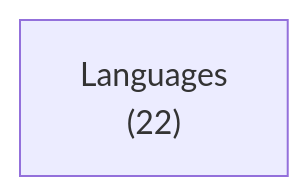
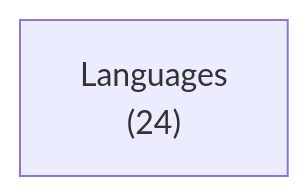
Before and after one commit to ruudkoot/rune: the first of 2 diagrams in docs/lib/language/c/depends.md, drawn with Mermaid. The commit also changed other lines of this file and 48 other files, not shown here.

````diff
--- a/docs/lib/language/c/depends.md
+++ b/docs/lib/language/c/depends.md
@@ -24,4 +24,4 @@
 ```mermaid
 flowchart LR
-  a0["Languages<br>(22)"]
+  a0["Languages<br>(24)"]
 ```
````
